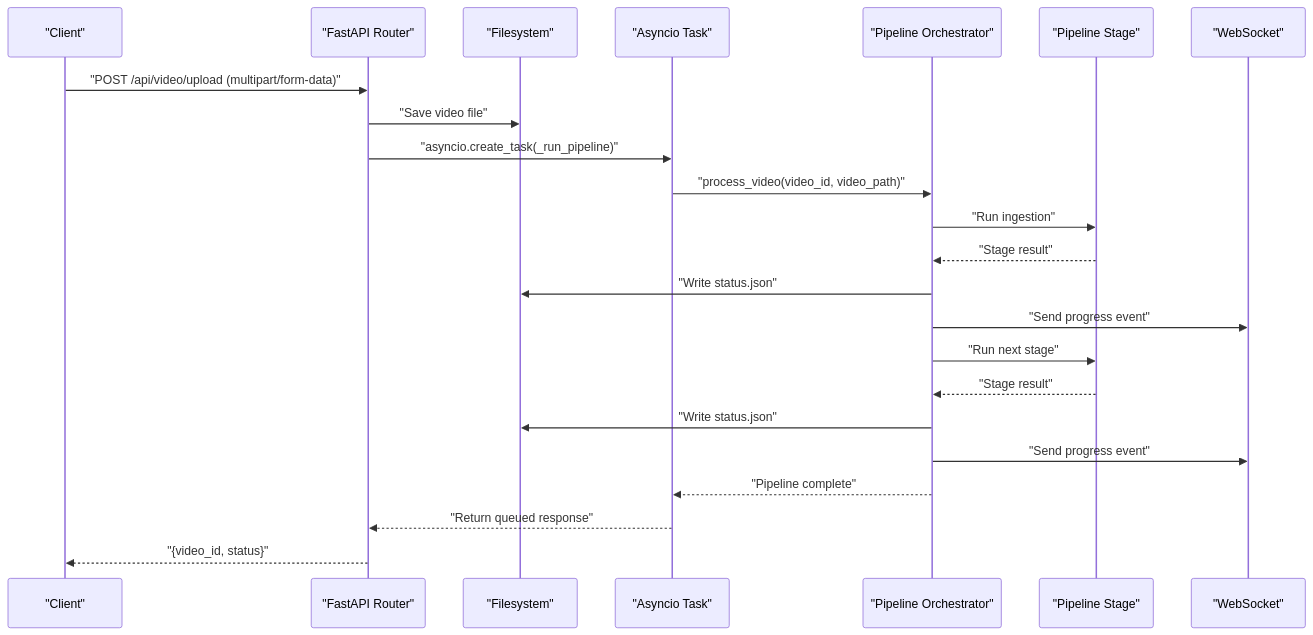
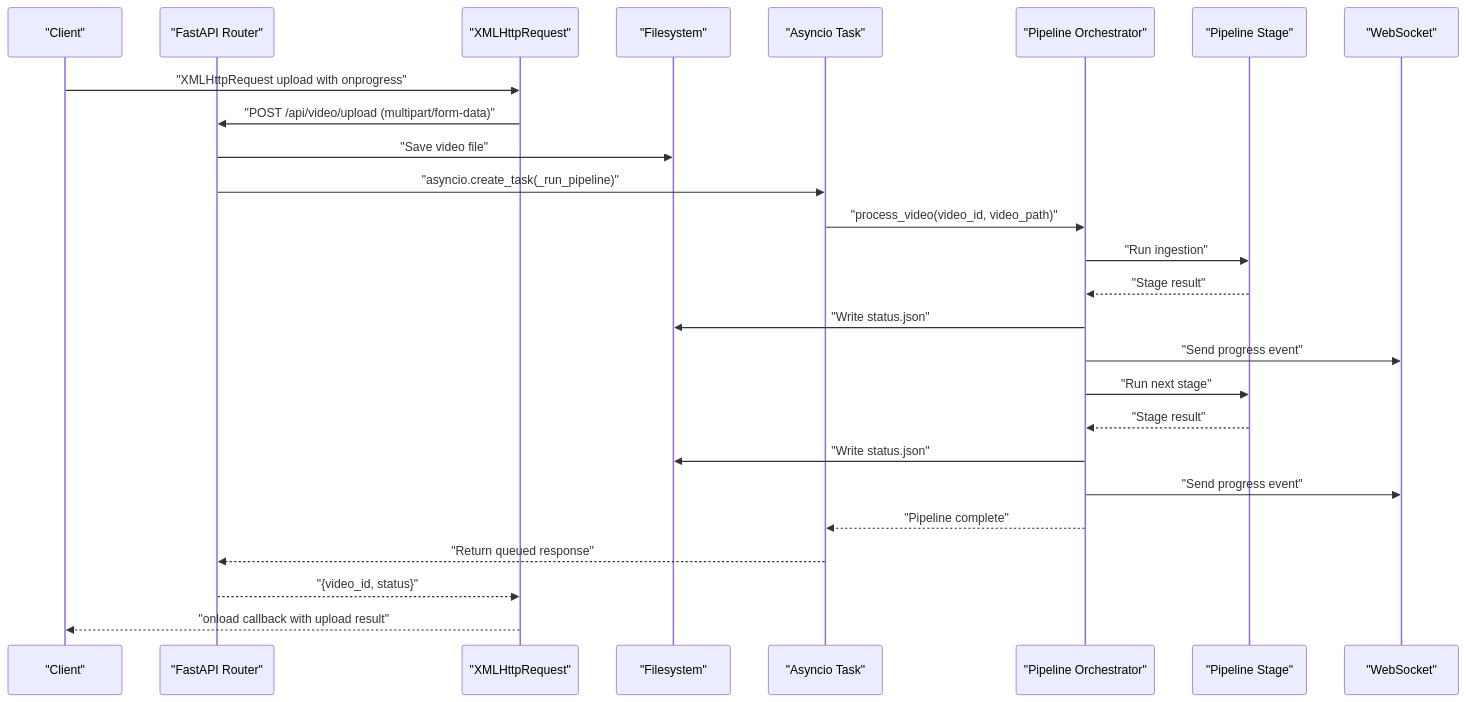
One commit to alexandreybasta-cyber/dubai-media-ai changed the second of 3 diagrams in .qoder/repowiki/en/content/Backend API Reference/Video Processing Endpoints.md. Above: the diagram before and after it, drawn with Mermaid. The commit also changed other lines of this file and 23 other files, not shown here.

````diff
--- a/.qoder/repowiki/en/content/Backend API Reference/Video Processing Endpoints.md
+++ b/.qoder/repowiki/en/content/Backend API Reference/Video Processing Endpoints.md
@@ -117,25 +129,28 @@
 ```mermaid
 sequenceDiagram
 participant Client as "Client"
 participant API as "FastAPI Router"
+participant XHR as "XMLHttpRequest"
 participant FS as "Filesystem"
 participant Task as "Asyncio Task"
 participant Orchestrator as "Pipeline Orchestrator"
 participant Stage as "Pipeline Stage"
 participant WS as "WebSocket"
-Client->>API : "POST /api/video/upload (multipart/form-data)"
+Client->>XHR : "XMLHttpRequest upload with onprogress"
+XHR->>API : "POST /api/video/upload (multipart/form-data)"
 API->>FS : "Save video file"
 API->>Task : "asyncio.create_task(_run_pipeline)"
 Task->>Orchestrator : "process_video(video_id, video_path)"
 Orchestrator->>Stage : "Run ingestion"
 Stage-->>Orchestrator : "Stage result"
 Orchestrator->>FS : "Write status.json"
 Orchestrator->>WS : "Send progress event"
 Orchestrator->>Stage : "Run next stage"
 Stage-->>Orchestrator : "Stage result"
 Orchestrator->>FS : "Write status.json"
 Orchestrator->>WS : "Send progress event"
 Orchestrator-->>Task : "Pipeline complete"
 Task-->>API : "Return queued response"
-API-->>Client : "{video_id, status}"
+API-->>XHR : "{video_id, status}"
+XHR-->>Client : "onload callback with upload result"
 ```
````
